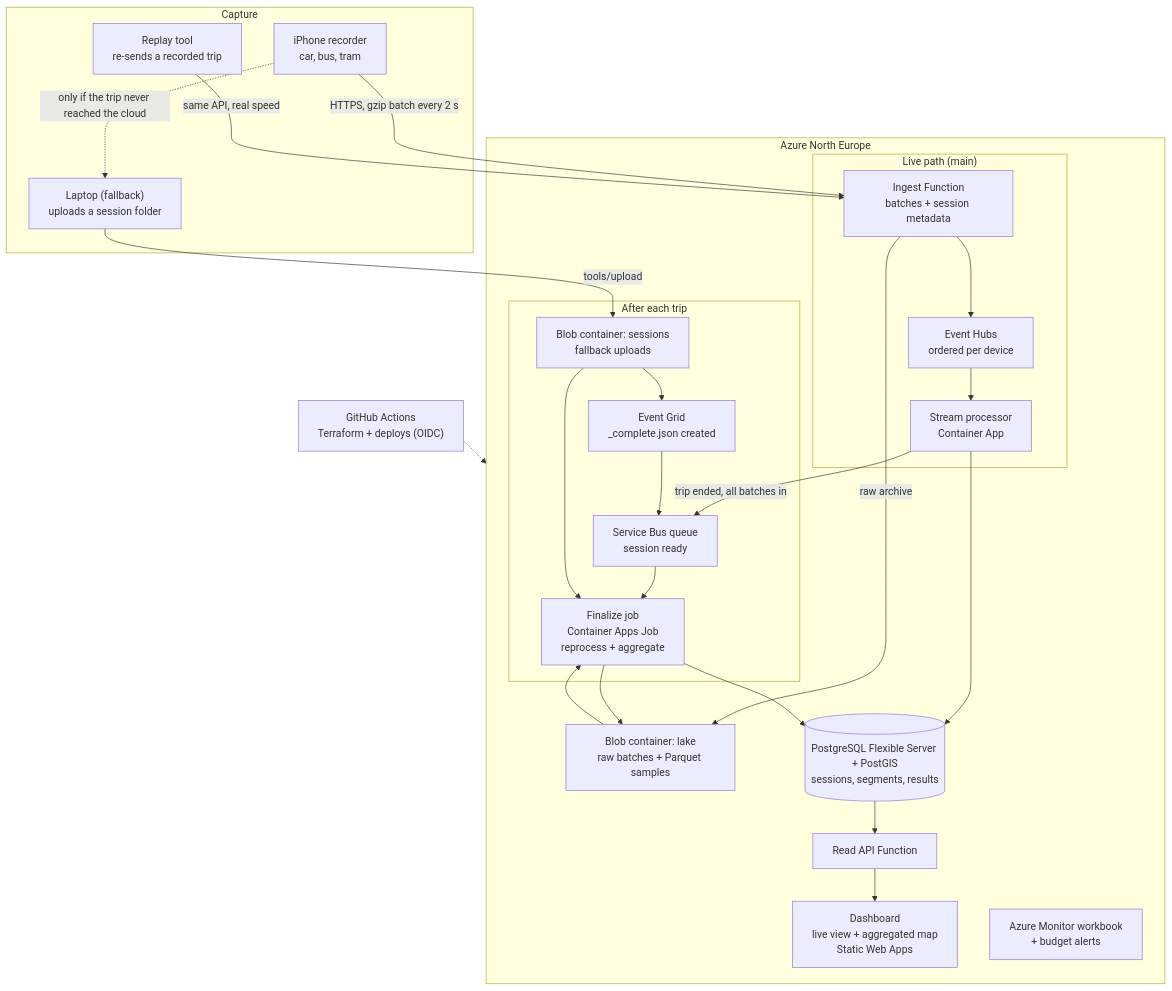
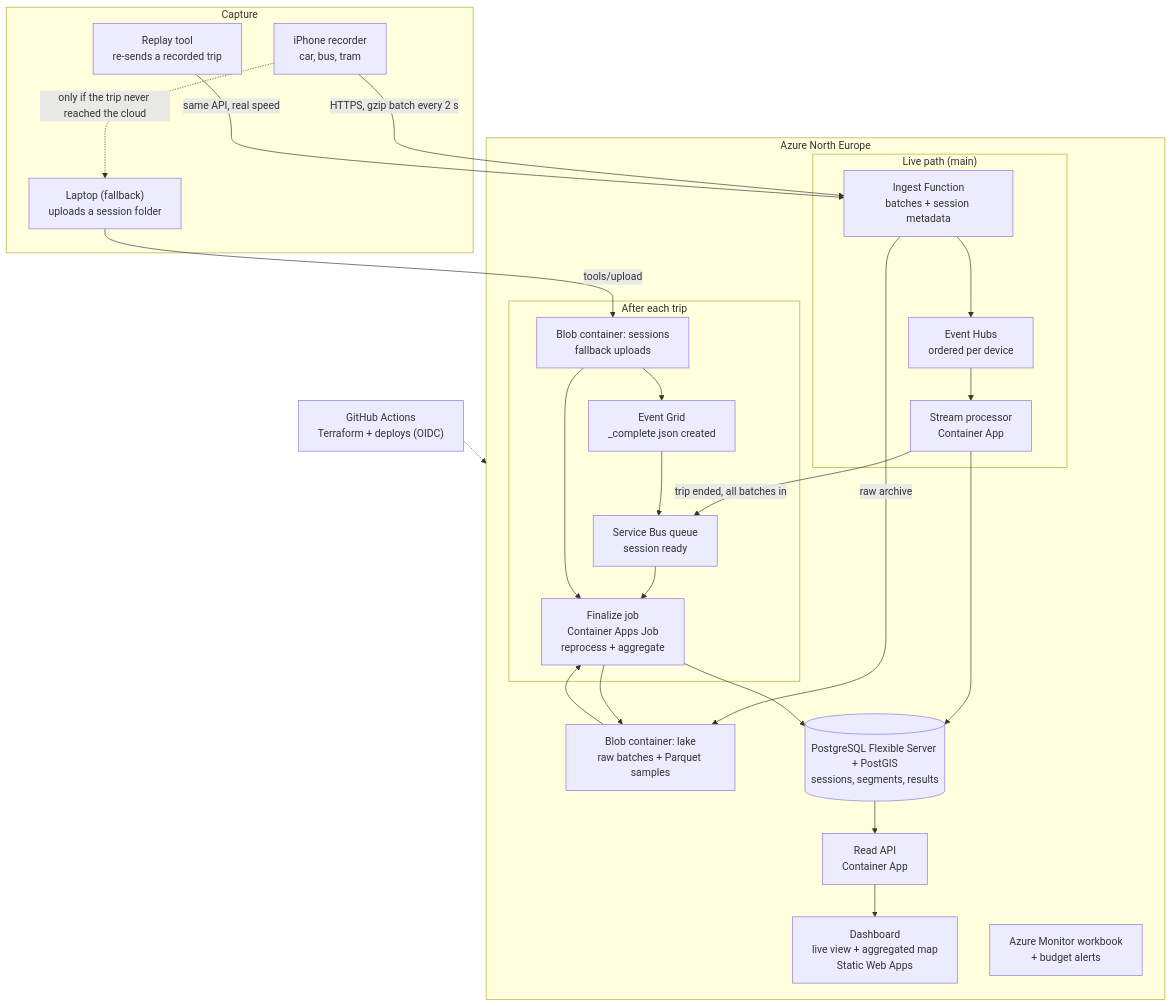
One commit to ghimpumihai/Bumpy changed the diagram in decisions/02-infrastructure-plan.md. Above: the diagram before and after it, drawn with Mermaid. The commit also changed other lines of this file and 7 other files, not shown here.

````diff
--- a/decisions/02-infrastructure-plan.md
+++ b/decisions/02-infrastructure-plan.md
@@ -71,44 +71,44 @@
 ```mermaid
 flowchart TB
   subgraph CAP["Capture"]
     phone["iPhone recorder<br/>car, bus, tram"]
     replay["Replay tool<br/>re-sends a recorded trip"]
     laptop["Laptop (fallback)<br/>uploads a session folder"]
   end
 
   subgraph AZ["Azure North Europe"]
     subgraph LIVE["Live path (main)"]
       ingest["Ingest Function<br/>batches + session metadata"]
       eh["Event Hubs<br/>ordered per device"]
       proc["Stream processor<br/>Container App"]
     end
     subgraph FIN["After each trip"]
       sb["Service Bus queue<br/>session ready"]
       fin["Finalize job<br/>Container Apps Job<br/>reprocess + aggregate"]
       blobS["Blob container: sessions<br/>fallback uploads"]
       eg["Event Grid<br/>_complete.json created"]
     end
     lake["Blob container: lake<br/>raw batches + Parquet samples"]
     pg[("PostgreSQL Flexible Server + PostGIS<br/>sessions, segments, results")]
-    read["Read API Function"]
+    read["Read API<br/>Container App"]
     web["Dashboard<br/>live view + aggregated map<br/>Static Web Apps"]
     ops["Azure Monitor workbook<br/>+ budget alerts"]
   end
 
   gh["GitHub Actions<br/>Terraform + deploys (OIDC)"]
 
   phone -->|"HTTPS, gzip batch every 2 s"| ingest
   replay -->|"same API, real speed"| ingest
   ingest --> eh --> proc --> pg
   ingest -->|"raw archive"| lake
   proc -->|"trip ended, all batches in"| sb
   phone -.->|"only if the trip never reached the cloud"| laptop
   laptop -->|"tools/upload"| blobS --> eg --> sb
   sb --> fin
   lake --> fin
   blobS --> fin
   fin --> lake
   fin --> pg
   pg --> read --> web
   gh -.-> AZ
 ```
````
